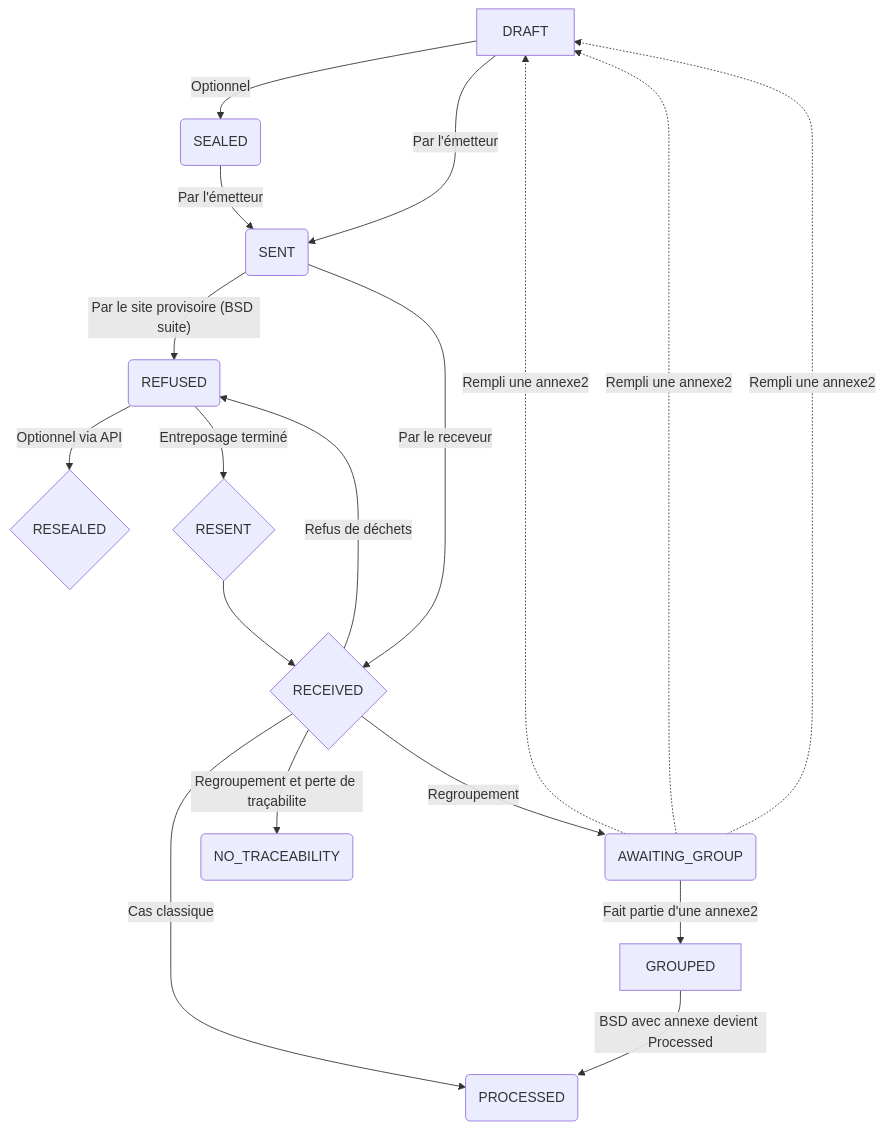
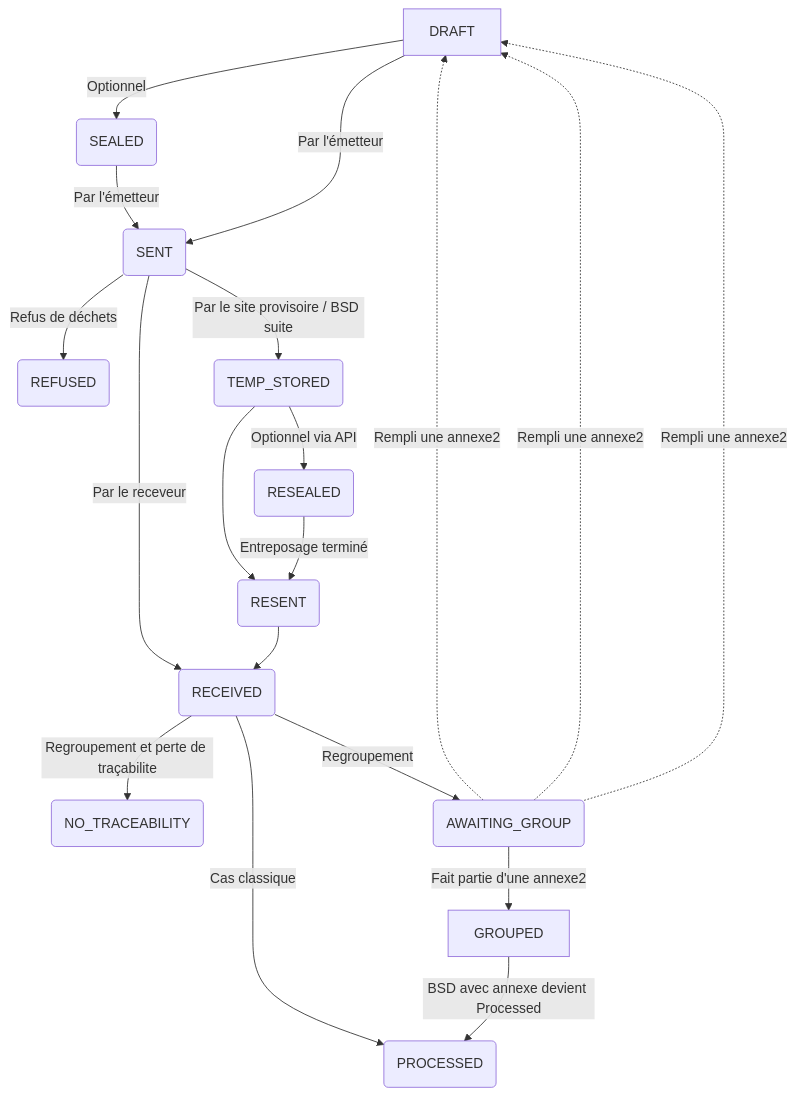
One commit to MTES-MCT/trackdechets changed the diagram in doc/docs/workflow.md. Above: the diagram before and after it, drawn with Mermaid.

Commit message:
Fix mermaid graph

```diff
--- a/doc/docs/workflow.md
+++ b/doc/docs/workflow.md
@@ -63,20 +63,21 @@
 <div class="mermaid">
 graph TD
 A[DRAFT] -->|Optionnel| B(SEALED)
 B --> |Par l'émetteur| C(SENT)
 A --> |Par l'émetteur| C
-C -- Par le site provisoire (BSD suite) -->I{TEMP_STORED}
-I -- Optionnel via API --> J{RESEALED}
-I -- Entreposage terminé --> K{RESENT}
-K --> D
-C -->|Par le receveur| D{RECEIVED}
+C -->|Par le receveur| D(RECEIVED)
 D -- Cas classique -->E(PROCESSED)
 D -- Regroupement et perte de traçabilite -->G(NO_TRACEABILITY)
 D -- Regroupement -->F(AWAITING_GROUP)
-D -- Refus de déchets --> I(REFUSED)
+C -- Refus de déchets --> I(REFUSED)
 F-. Rempli une annexe2 .->A
 F-. Rempli une annexe2 .->A
 F-. Rempli une annexe2 .->A
 F--Fait partie d'une annexe2 -->H[GROUPED]
 H--BSD avec annexe devient Processed -->E
+C -- Par le site provisoire / BSD suite -->J(TEMP_STORED)
+J -- Optionnel via API --> K(RESEALED)
+J --> L
+K -- Entreposage terminé --> L(RESENT)
+L --> D
 </div>
```
